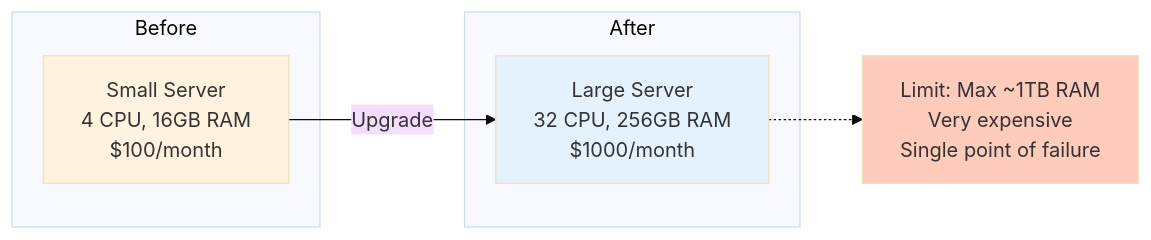
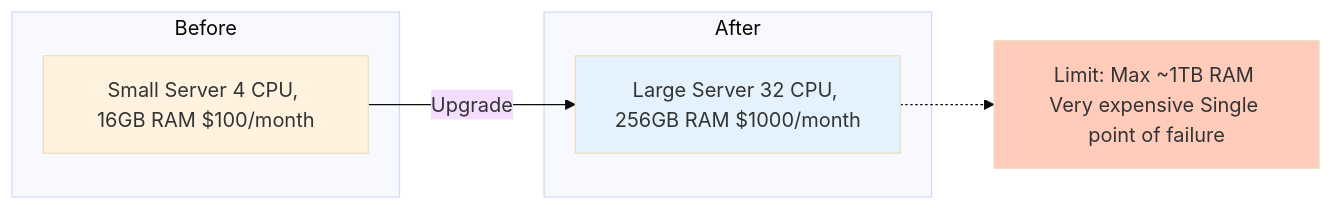
The sixth of 10 diagrams in HLD/foundation/02_databases.md (p1kmr/for-reading), drawn with Mermaid (base theme) before and after one commit. The commit also changed other lines of this file and 2 other files, not shown here.

Commit message:
Fix Mermaid rendering issues in Databases and Message Queues guides by simplifying complex diagrams

````diff
--- a/HLD/foundation/02_databases.md
+++ b/HLD/foundation/02_databases.md
@@ -364,20 +385,20 @@
 ```mermaid
 graph LR
     subgraph "Before"
-        Small[Small Server<br/>4 CPU, 16GB RAM<br/>$100/month]
+        Small[Small Server 4 CPU, 16GB RAM $100/month]
     end
 
     subgraph "After"
-        Large[Large Server<br/>32 CPU, 256GB RAM<br/>$1000/month]
+        Large[Large Server 32 CPU, 256GB RAM $1000/month]
     end
 
     Small -->|Upgrade| Large
 
-    Limit[Limit: Max ~1TB RAM<br/>Very expensive<br/>Single point of failure]
+    Limit[Limit: Max ~1TB RAM Very expensive Single point of failure]
 
     Large -.-> Limit
 
     style Small fill:#fff3e0
     style Large fill:#e3f2fd
     style Limit fill:#ffccbc
 ```
````
